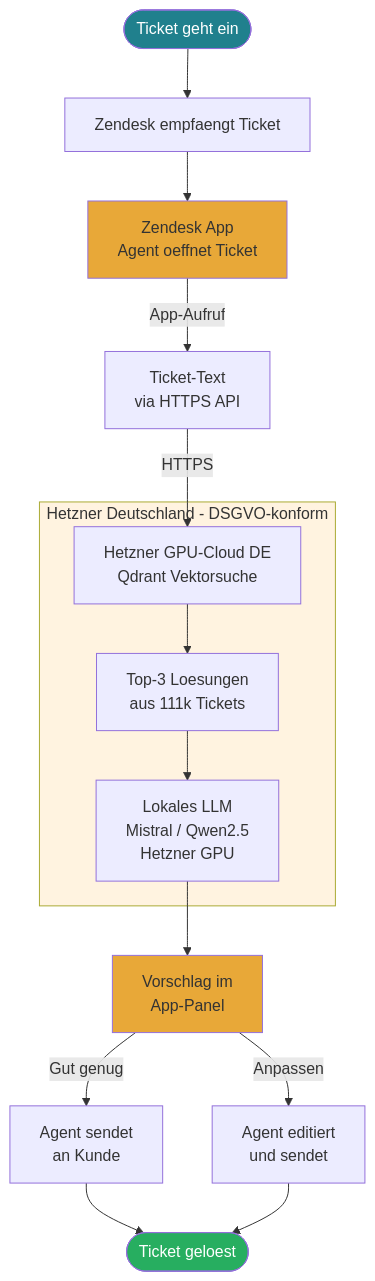
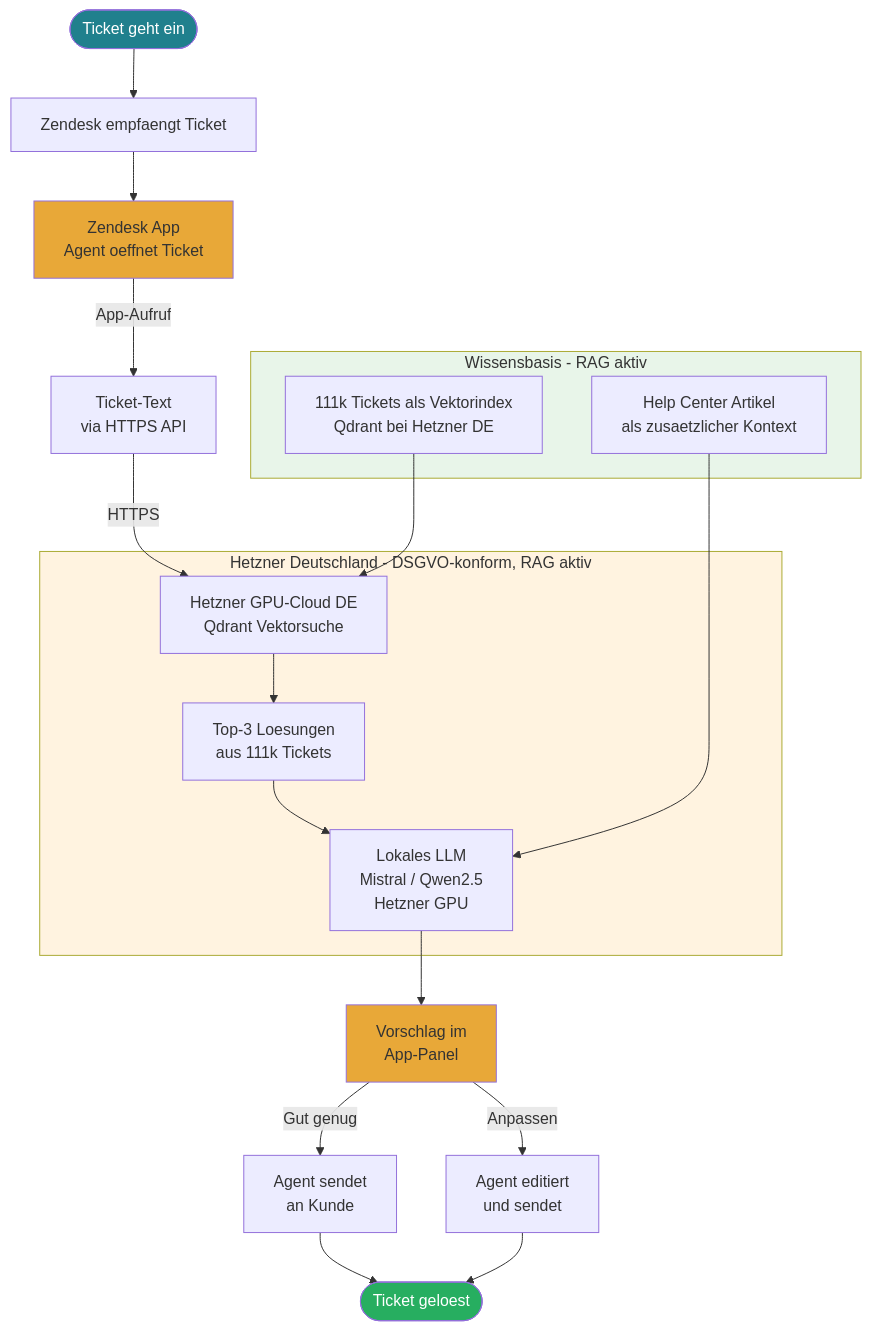
Before and after one commit to tekknix/zendesk-ai: diagram 11 of 16 in readme.md, drawn with Mermaid. The commit also changed other lines of this file, not shown here.

````diff
--- a/readme.md
+++ b/readme.md
@@ -297,26 +342,32 @@
 ```mermaid
 flowchart TD
     A([Ticket geht ein]) --> B[Zendesk empfaengt Ticket]
     B --> C[Zendesk App<br>Agent oeffnet Ticket]
     C -->|App-Aufruf| D[Ticket-Text<br>via HTTPS API]
     D -->|HTTPS| E[Hetzner GPU-Cloud DE<br>Qdrant Vektorsuche]
     E --> F[Top-3 Loesungen<br>aus 111k Tickets]
     F --> G[Lokales LLM<br>Mistral / Qwen2.5<br>Hetzner GPU]
     G --> H[Vorschlag im<br>App-Panel]
     H -->|Gut genug| I[Agent sendet<br>an Kunde]
     H -->|Anpassen| K[Agent editiert<br>und sendet]
     I --> L([Ticket geloest])
     K --> L
 
-    subgraph HETZNER [Hetzner Deutschland - DSGVO-konform]
+    subgraph HETZNER [Hetzner Deutschland - DSGVO-konform, RAG aktiv]
         E
         F
         G
+    end
+
+    subgraph WISSEN [Wissensbasis - RAG aktiv]
+        Z1[111k Tickets als Vektorindex<br>Qdrant bei Hetzner DE] --> E
+        Z2[Help Center Artikel<br>als zusaetzlicher Kontext] --> G
     end
 
     style A fill:#20808D,color:#fff
     style C fill:#E8A838,color:#333
     style H fill:#E8A838,color:#333
     style L fill:#27AE60,color:#fff
     style HETZNER fill:#fff3e0,color:#333
+    style WISSEN fill:#e8f5e9,color:#333
 ```
````
